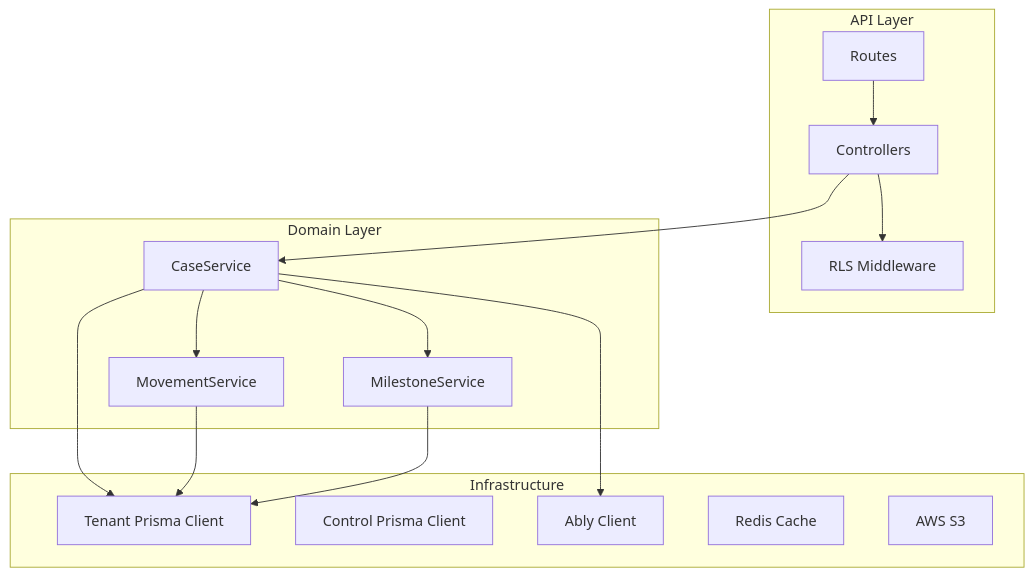
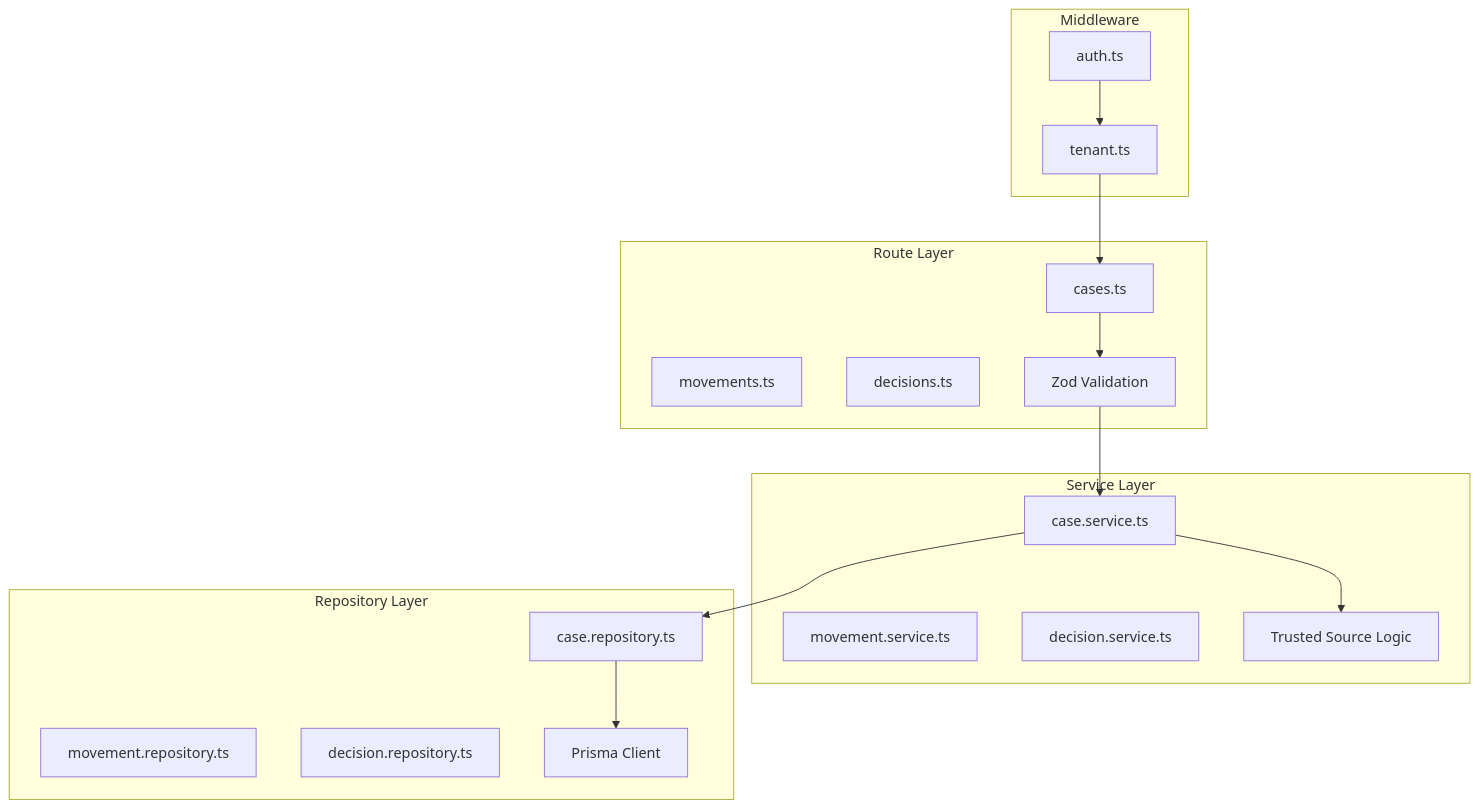
The diagram in en/services/clamo-cases.mdx (GetClamo/docs), drawn with Mermaid before and after one commit. The commit also changed other lines of this file and 10 other files, not shown here.

First line of the commit message:
docs: update ask-clamo documentation to reflect unified architecture and profile integration

````diff
--- a/en/services/clamo-cases.mdx
+++ b/en/services/clamo-cases.mdx
@@ -31,32 +25,37 @@
 ```mermaid
 flowchart TB
-    subgraph API [API Layer]
-        Routes[Routes]
-        Controllers[Controllers]
-        RLS[RLS Middleware]
+    subgraph Routes [Route Layer]
+        CasesRoute[cases.ts]
+        MovementsRoute[movements.ts]
+        DecisionsRoute[decisions.ts]
+        Zod[Zod Validation]
     end
     
-    subgraph Domain [Domain Layer]
-        CaseService[CaseService]
-        MovementService[MovementService]
-        MilestoneService[MilestoneService]
+    subgraph Services [Service Layer]
+        CaseService[case.service.ts]
+        MovementService[movement.service.ts]
+        DecisionService[decision.service.ts]
+        TrustedSource[Trusted Source Logic]
     end
     
-    subgraph Infrastructure [Infrastructure]
-        TenantDB[Tenant Prisma Client]
-        ControlDB[Control Prisma Client]
-        Ably[Ably Client]
-        Redis[Redis Cache]
-        S3[AWS S3]
+    subgraph Repositories [Repository Layer]
+        CaseRepo[case.repository.ts]
+        MovementRepo[movement.repository.ts]
+        DecisionRepo[decision.repository.ts]
+        Prisma[Prisma Client]
     end
     
-    Routes --> Controllers
-    Controllers --> RLS
-    Controllers --> CaseService
-    CaseService --> MovementService
-    CaseService --> MilestoneService
-    CaseService --> TenantDB
-    CaseService --> Ably
-    MovementService --> TenantDB
-    MilestoneService --> TenantDB
+    subgraph Middleware [Middleware]
+        Auth[auth.ts]
+        Tenant[tenant.ts]
+    end
+    
+    CasesRoute --> Zod
+    Zod --> CaseService
+    CaseService --> TrustedSource
+    CaseService --> CaseRepo
+    CaseRepo --> Prisma
+    
+    Auth --> Tenant
+    Tenant --> CasesRoute
 ```
````
